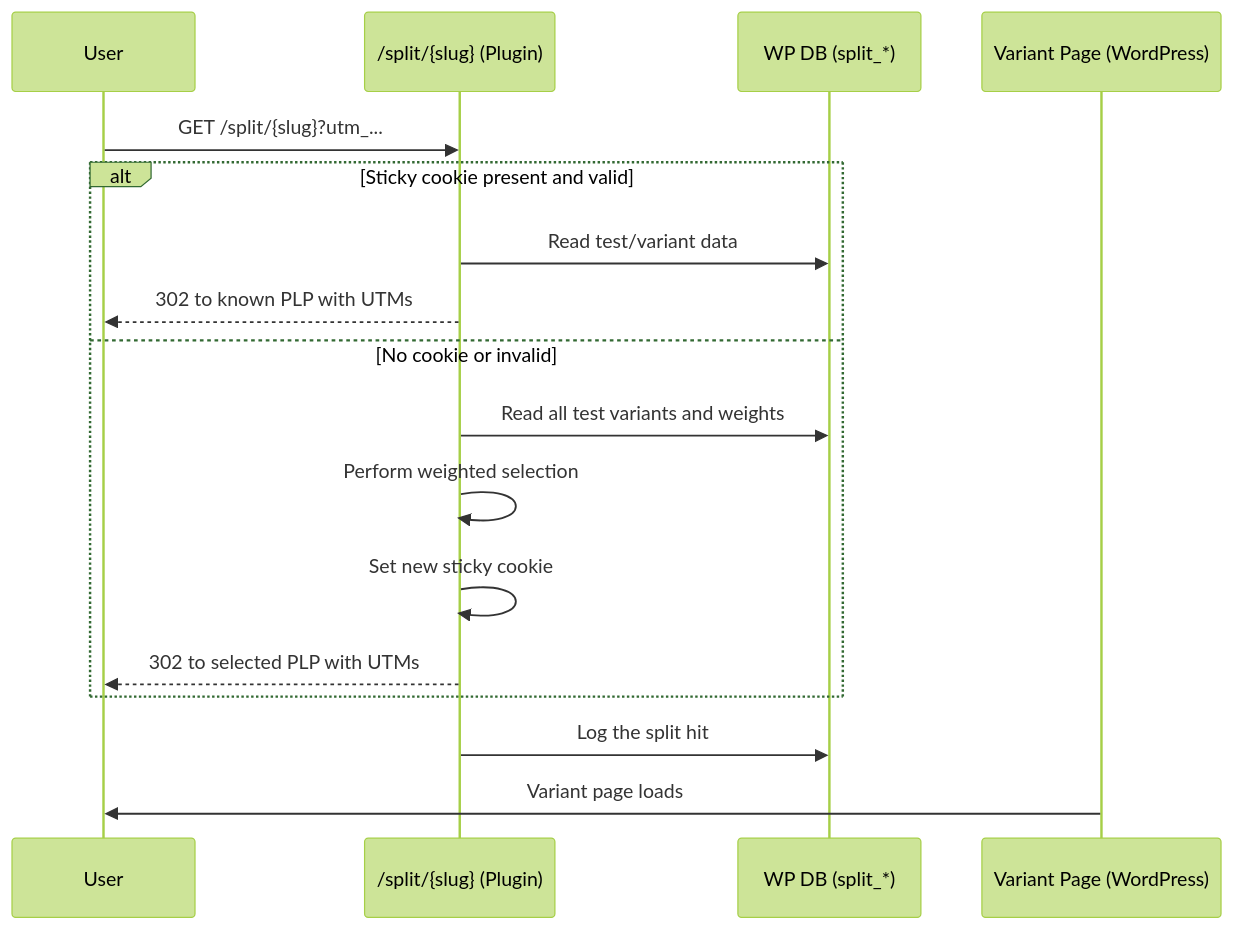
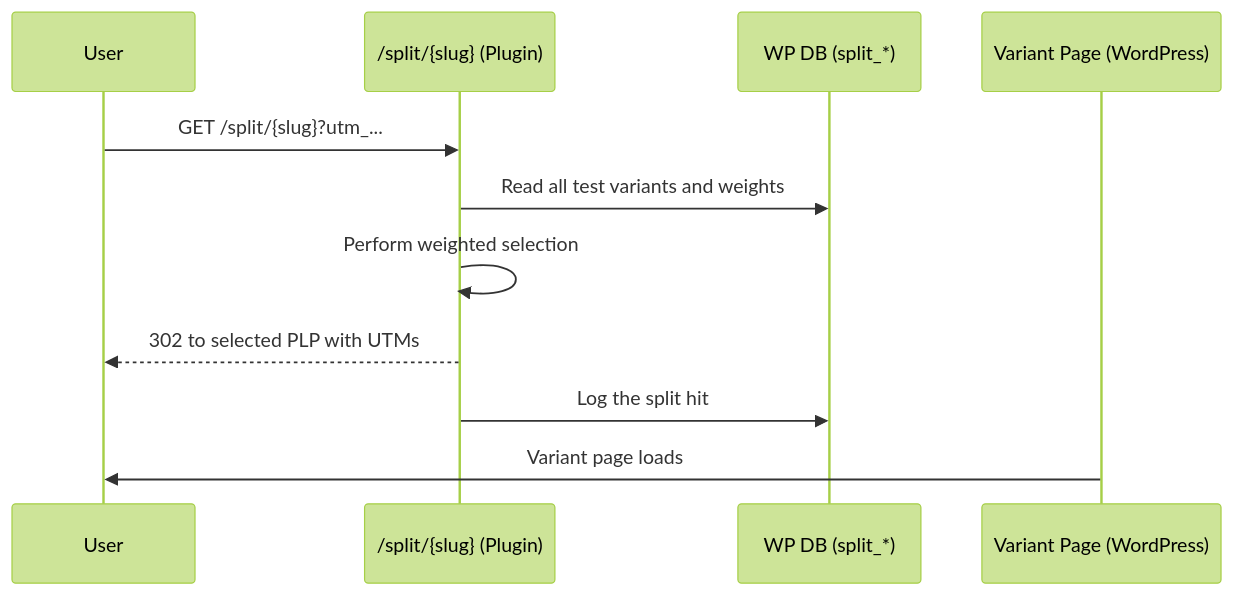
The second of 2 diagrams in docs/architecture.md (Nohow2117/GoWPTracker), drawn with Mermaid (forest theme) before and after one commit. The commit also changed other lines of this file and 2 other files, not shown here.

Commit message:
docs: Update documentation for v0.6.0

````diff
--- a/docs/architecture.md
+++ b/docs/architecture.md
@@ -105,20 +103,14 @@
 ```mermaid
 sequenceDiagram
     participant User
     participant Split as /split/{slug} (Plugin)
     participant DB as WP DB (split_*)
     participant PLP as Variant Page (WordPress)
 
     User->>Split: GET /split/{slug}?utm_...
-    alt Sticky cookie present and valid
-        Split->>DB: Read test/variant data
-        Split-->>User: 302 to known PLP with UTMs
-    else No cookie or invalid
-        Split->>DB: Read all test variants and weights
-        Split->>Split: Perform weighted selection
-        Split->>Split: Set new sticky cookie
-        Split-->>User: 302 to selected PLP with UTMs
-    end
+    Split->>DB: Read all test variants and weights
+    Split->>Split: Perform weighted selection
+    Split-->>User: 302 to selected PLP with UTMs
     Split->>DB: Log the split hit
     PLP->>User: Variant page loads
 ```
````
